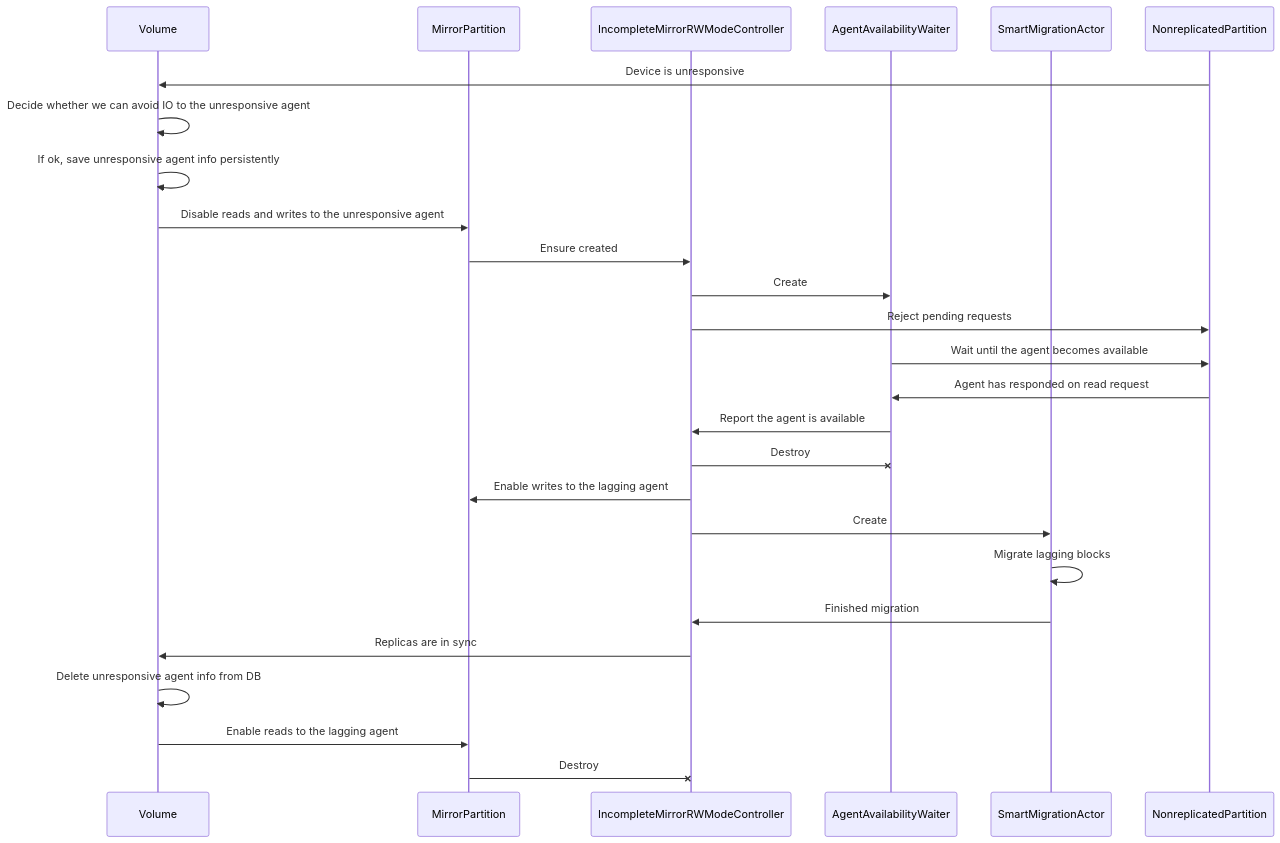
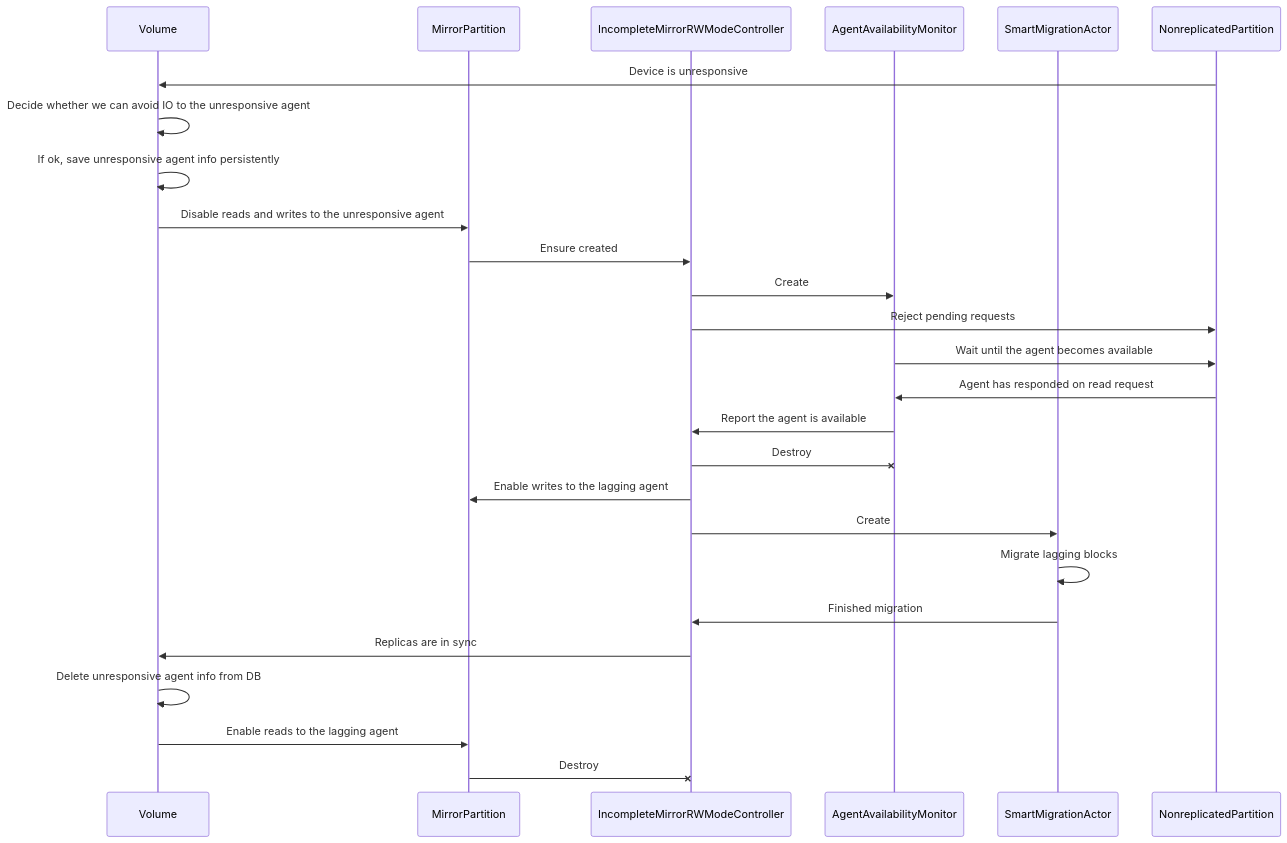
The second of 2 diagrams in doc/blockstore/storage/dynamic_io_mirroring_proposal.md (ydb-platform/nbs), drawn with Mermaid before and after one commit. The commit also changed other lines of this file, not shown here.

````diff
--- a/doc/blockstore/storage/dynamic_io_mirroring_proposal.md
+++ b/doc/blockstore/storage/dynamic_io_mirroring_proposal.md
@@ -97,29 +100,29 @@
 ```mermaid
 sequenceDiagram
     participant Volume
     participant MirrorPartition
     participant IncompleteMirrorRWModeController
-    participant AgentAvailabilityWaiter
+    participant AgentAvailabilityMonitor
     participant SmartMigrationActor
     participant NonreplicatedPartition
 
     NonreplicatedPartition ->> Volume: Device is unresponsive
     Volume ->> Volume: Decide whether we can avoid IO to the unresponsive agent
     Volume ->> Volume: If ok, save unresponsive agent info persistently
     Volume ->> MirrorPartition: Disable reads and writes to the unresponsive agent
     MirrorPartition ->> IncompleteMirrorRWModeController: Ensure created
-    IncompleteMirrorRWModeController ->> AgentAvailabilityWaiter: Create
+    IncompleteMirrorRWModeController ->> AgentAvailabilityMonitor: Create
     IncompleteMirrorRWModeController ->> NonreplicatedPartition: Reject pending requests
-    AgentAvailabilityWaiter ->> NonreplicatedPartition: Wait until the agent becomes available
-    NonreplicatedPartition ->> AgentAvailabilityWaiter: Agent has responded on read request
-    AgentAvailabilityWaiter ->> IncompleteMirrorRWModeController: Report the agent is available
-    IncompleteMirrorRWModeController -x AgentAvailabilityWaiter: Destroy
+    AgentAvailabilityMonitor ->> NonreplicatedPartition: Wait until the agent becomes available
+    NonreplicatedPartition ->> AgentAvailabilityMonitor: Agent has responded on read request
+    AgentAvailabilityMonitor ->> IncompleteMirrorRWModeController: Report the agent is available
+    IncompleteMirrorRWModeController -x AgentAvailabilityMonitor: Destroy
     IncompleteMirrorRWModeController ->> MirrorPartition: Enable writes to the lagging agent
     IncompleteMirrorRWModeController ->> SmartMigrationActor: Create
     SmartMigrationActor ->> SmartMigrationActor: Migrate lagging blocks
     SmartMigrationActor ->> IncompleteMirrorRWModeController: Finished migration
     IncompleteMirrorRWModeController ->> Volume: Replicas are in sync
     Volume ->> Volume: Delete unresponsive agent info from DB
     Volume ->> MirrorPartition: Enable reads to the lagging agent
     MirrorPartition -x IncompleteMirrorRWModeController: Destroy
 ```
````
